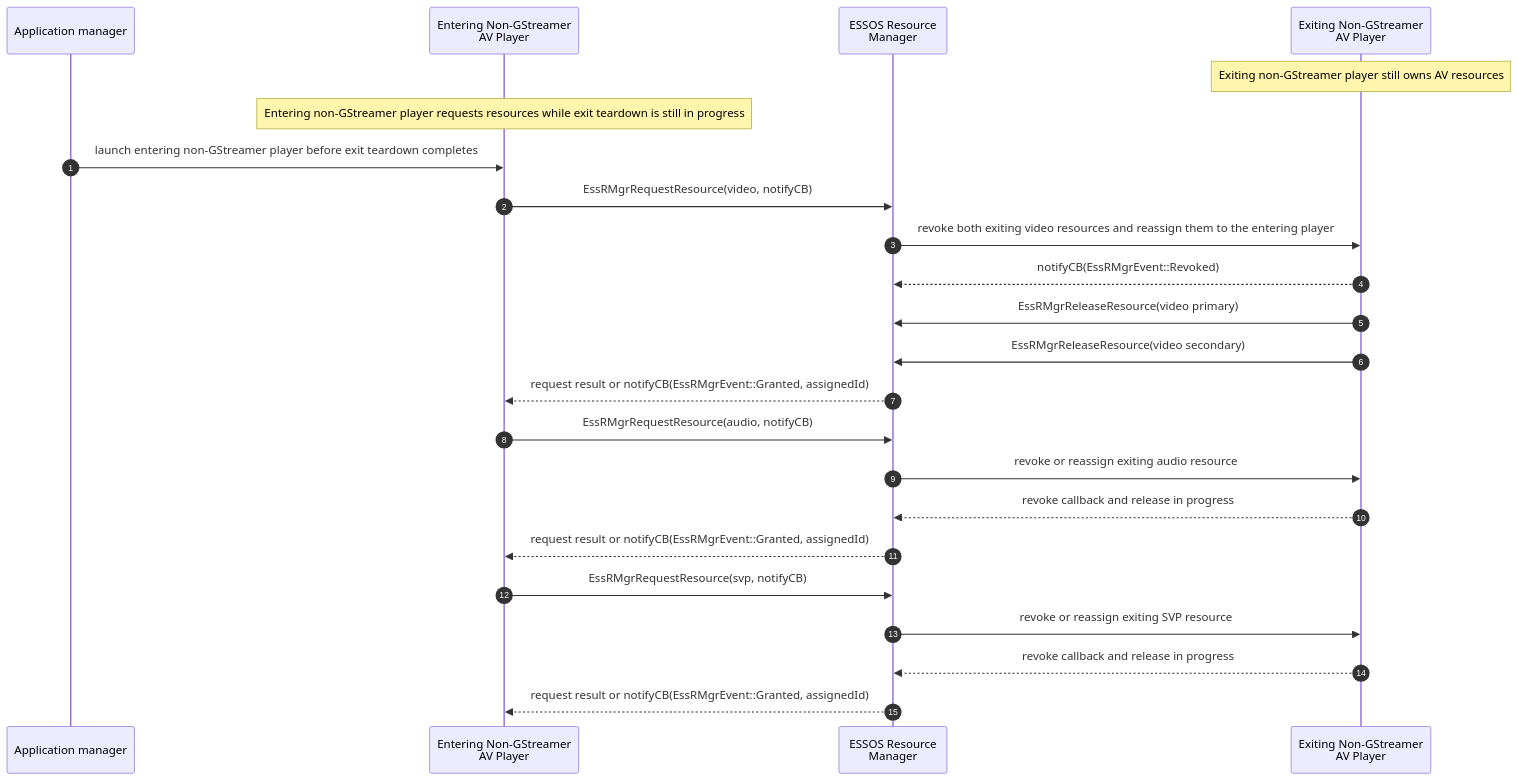
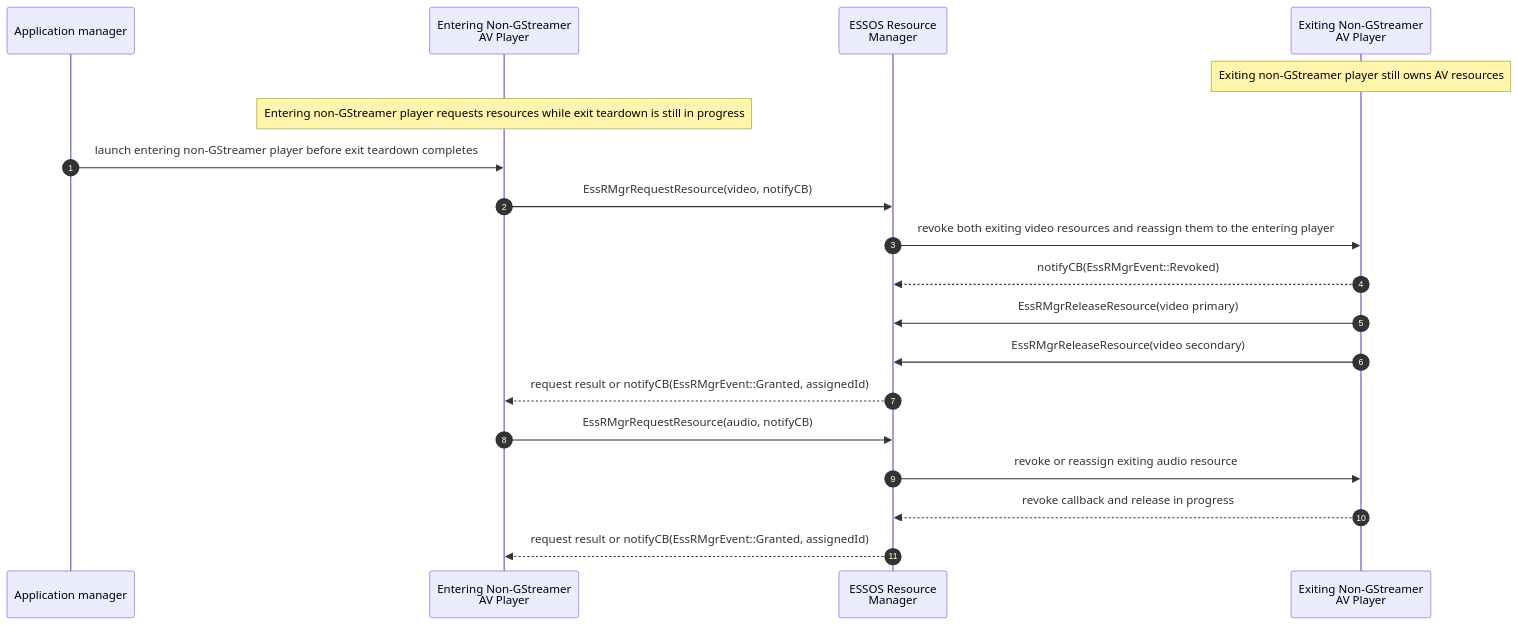
Before and after one commit to rdkcentral/rdk-hpk-documentation: the ninth of 9 diagrams in doc/SPECIFICATION-dual-decode-legacy-av-hal-extension.md, drawn with Mermaid. The commit also changed other lines of this file, not shown here.

First line of the commit message:
docs: clarify SVP in non-GStreamer diagrams and rename gst-svp-ext components

````diff
--- a/doc/SPECIFICATION-dual-decode-legacy-av-hal-extension.md
+++ b/doc/SPECIFICATION-dual-decode-legacy-av-hal-extension.md
@@ -863,29 +849,24 @@
 ```mermaid
 sequenceDiagram
     autonumber
     participant AM as Application manager
     participant APP_NG_ENTER as Entering Non-GStreamer<br/>AV Player
     participant RM as ESSOS Resource<br/>Manager
     participant APP_NG_EXIT as Exiting Non-GStreamer<br/>AV Player
 
     Note over APP_NG_EXIT: Exiting non-GStreamer player still owns AV resources
     Note over APP_NG_ENTER: Entering non-GStreamer player requests resources while exit teardown is still in progress
 
     AM->>APP_NG_ENTER: launch entering non-GStreamer player before exit teardown completes
     APP_NG_ENTER->>RM: EssRMgrRequestResource(video, notifyCB)
     RM->>APP_NG_EXIT: revoke both exiting video resources and reassign them to the entering player
     APP_NG_EXIT-->>RM: notifyCB(EssRMgrEvent::Revoked)
     APP_NG_EXIT->>RM: EssRMgrReleaseResource(video primary)
     APP_NG_EXIT->>RM: EssRMgrReleaseResource(video secondary)
     RM-->>APP_NG_ENTER: request result or notifyCB(EssRMgrEvent::Granted, assignedId)
 
     APP_NG_ENTER->>RM: EssRMgrRequestResource(audio, notifyCB)
     RM->>APP_NG_EXIT: revoke or reassign exiting audio resource
     APP_NG_EXIT-->>RM: revoke callback and release in progress
     RM-->>APP_NG_ENTER: request result or notifyCB(EssRMgrEvent::Granted, assignedId)
-
-    APP_NG_ENTER->>RM: EssRMgrRequestResource(svp, notifyCB)
-    RM->>APP_NG_EXIT: revoke or reassign exiting SVP resource
-    APP_NG_EXIT-->>RM: revoke callback and release in progress
-    RM-->>APP_NG_ENTER: request result or notifyCB(EssRMgrEvent::Granted, assignedId)
 ```
````
